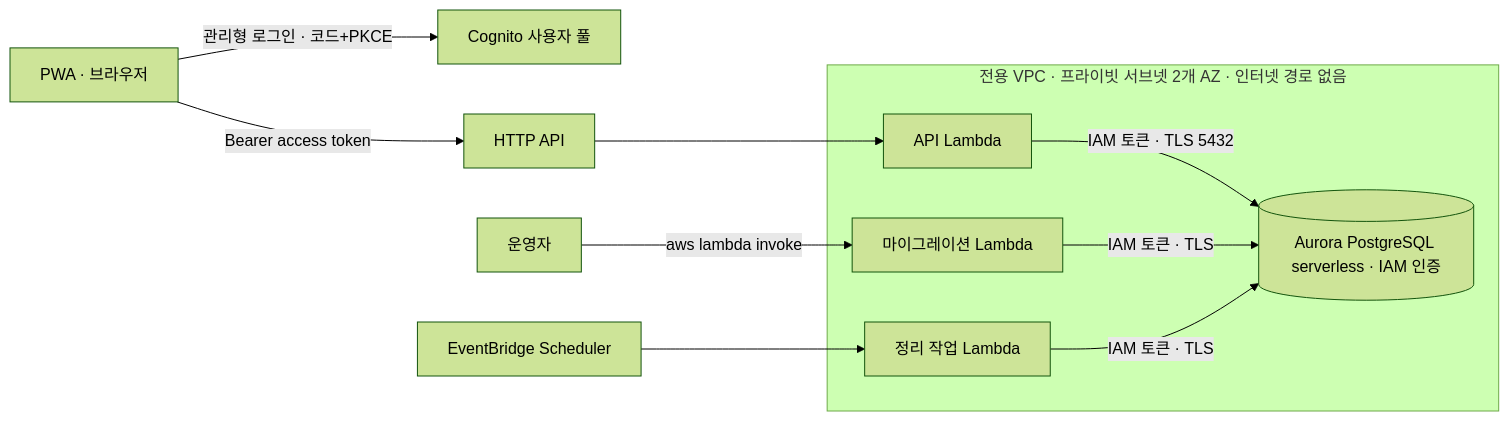
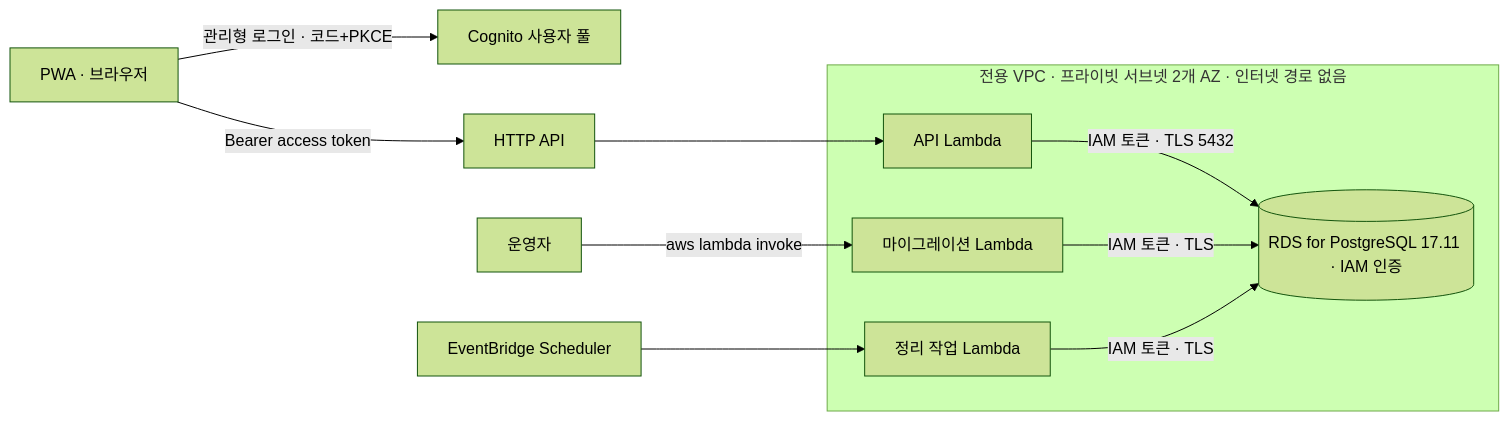
The diagram in docs/aws-stage2-design.md (Advanced-AI-Leadership-Project/umsal-backend), drawn with Mermaid (forest theme) before and after one commit. The commit also changed other lines of this file and 2 other files, not shown here.

First line of the commit message:
docs(infra): 설계 문서의 Aurora 잔재를 RDS 기준으로 고치고 bootstrap 테스트 보강

````diff
--- a/docs/aws-stage2-design.md
+++ b/docs/aws-stage2-design.md
@@ -15,17 +15,17 @@
 ```mermaid
 flowchart LR
   PWA[PWA · 브라우저] -->|관리형 로그인 · 코드+PKCE| Cognito[Cognito 사용자 풀]
   PWA -->|Bearer access token| API[HTTP API]
   subgraph VPC[전용 VPC · 프라이빗 서브넷 2개 AZ · 인터넷 경로 없음]
     Lambda[API Lambda]
     Migrate[마이그레이션 Lambda]
     Maint[정리 작업 Lambda]
-    Aurora[(Aurora PostgreSQL serverless · IAM 인증)]
-    Lambda -->|IAM 토큰 · TLS 5432| Aurora
-    Migrate -->|IAM 토큰 · TLS| Aurora
-    Maint -->|IAM 토큰 · TLS| Aurora
+    RDS[(RDS for PostgreSQL 17.11 · IAM 인증)]
+    Lambda -->|IAM 토큰 · TLS 5432| RDS
+    Migrate -->|IAM 토큰 · TLS| RDS
+    Maint -->|IAM 토큰 · TLS| RDS
   end
   API --> Lambda
   Op[운영자] -->|aws lambda invoke| Migrate
   Scheduler[EventBridge Scheduler] --> Maint
 ```
````
